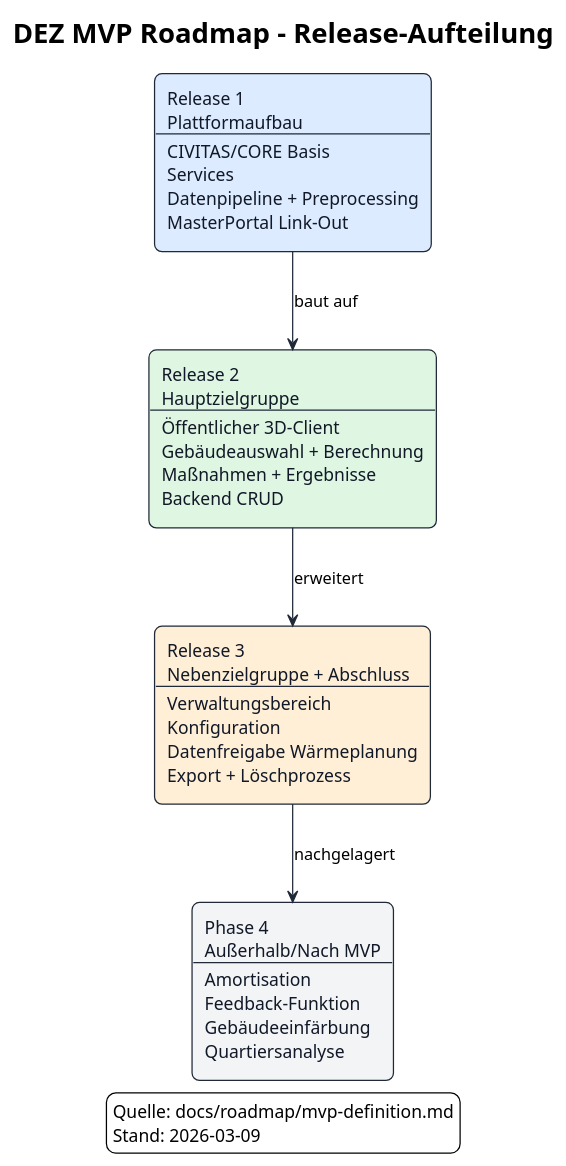
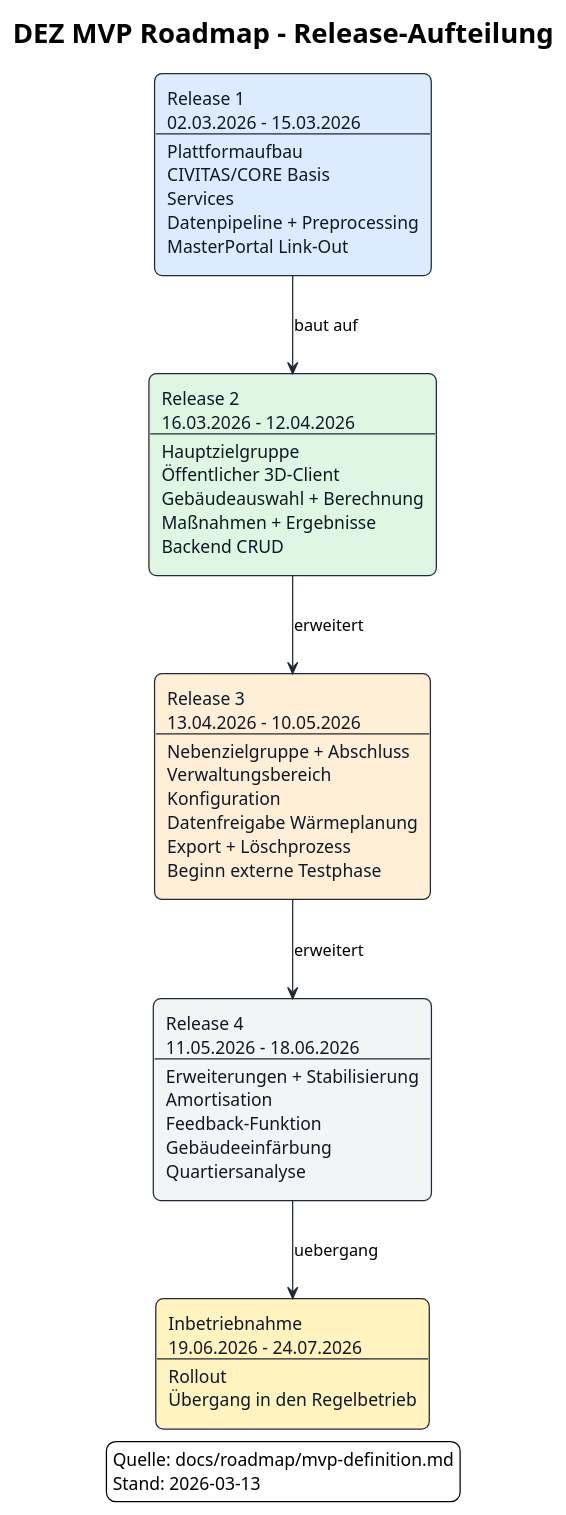
The diagram in docs/roadmap/raw/mvp-roadmap.puml (csi-FOXBYTE/Regensburg_DigitalerEnergieZwilling_Backend), drawn with PlantUML before and after one commit. The commit also changed 12 other files, not shown here.

Commit message:
docs: update roadmap, metadata, contacts, testing, data persistence

```diff
--- a/docs/roadmap/raw/mvp-roadmap.puml
+++ b/docs/roadmap/raw/mvp-roadmap.puml
@@ -1,33 +1,36 @@
 @startuml
 !theme plain
 
 title DEZ MVP Roadmap - Release-Aufteilung
 top to bottom direction
 
 skinparam shadowing false
 skinparam defaultFontName Arial
 skinparam rectangle {
   RoundCorner 12
   BorderColor #1F2937
   FontColor #111827
 }
 skinparam ArrowColor #1F2937
 
-rectangle "Release 1\nPlattformaufbau\n---\nCIVITAS/CORE Basis\nServices\nDatenpipeline + Preprocessing\nMasterPortal Link-Out" as R1 #DCEBFF
+rectangle "Release 1\n02.03.2026 - 15.03.2026\n---\nPlattformaufbau\nCIVITAS/CORE Basis\nServices\nDatenpipeline + Preprocessing\nMasterPortal Link-Out" as R1 #DCEBFF
 
-rectangle "Release 2\nHauptzielgruppe\n---\nÖffentlicher 3D-Client\nGebäudeauswahl + Berechnung\nMaßnahmen + Ergebnisse\nBackend CRUD" as R2 #DFF7E2
+rectangle "Release 2\n16.03.2026 - 12.04.2026\n---\nHauptzielgruppe\nÖffentlicher 3D-Client\nGebäudeauswahl + Berechnung\nMaßnahmen + Ergebnisse\nBackend CRUD" as R2 #DFF7E2
 
-rectangle "Release 3\nNebenzielgruppe + Abschluss\n---\nVerwaltungsbereich\nKonfiguration\nDatenfreigabe Wärmeplanung\nExport + Löschprozess" as R3 #FFEFD6
+rectangle "Release 3\n13.04.2026 - 10.05.2026\n---\nNebenzielgruppe + Abschluss\nVerwaltungsbereich\nKonfiguration\nDatenfreigabe Wärmeplanung\nExport + Löschprozess\nBeginn externe Testphase" as R3 #FFEFD6
 
-rectangle "Phase 4\nAußerhalb/Nach MVP\n---\nAmortisation\nFeedback-Funktion\nGebäudeeinfärbung\nQuartiersanalyse" as P4 #F3F4F6
+rectangle "Release 4\n11.05.2026 - 18.06.2026\n---\nErweiterungen + Stabilisierung\nAmortisation\nFeedback-Funktion\nGebäudeeinfärbung\nQuartiersanalyse" as R4 #F3F4F6
+
+rectangle "Inbetriebnahme\n19.06.2026 - 24.07.2026\n---\nRollout\nÜbergang in den Regelbetrieb" as GO #FFF4BF
 
 R1 --> R2 : baut auf
 R2 --> R3 : erweitert
-R3 --> P4 : nachgelagert
+R3 --> R4 : erweitert
+R4 --> GO : uebergang
 
 legend right
   Quelle: docs/roadmap/mvp-definition.md
-  Stand: 2026-03-09
+  Stand: 2026-03-13
 endlegend
 
 @enduml
```
